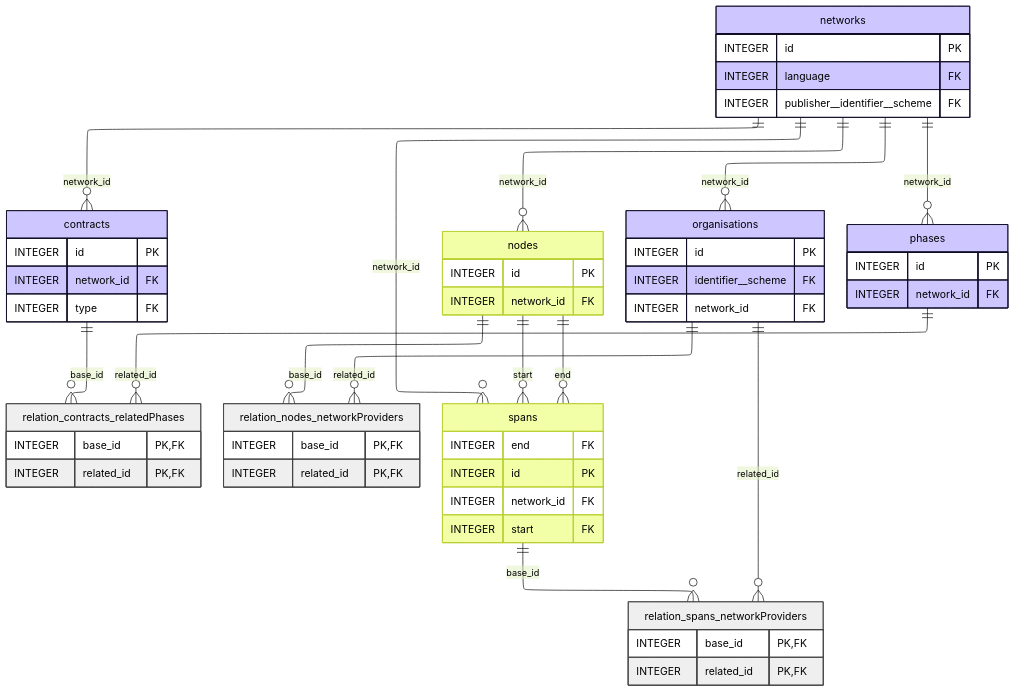
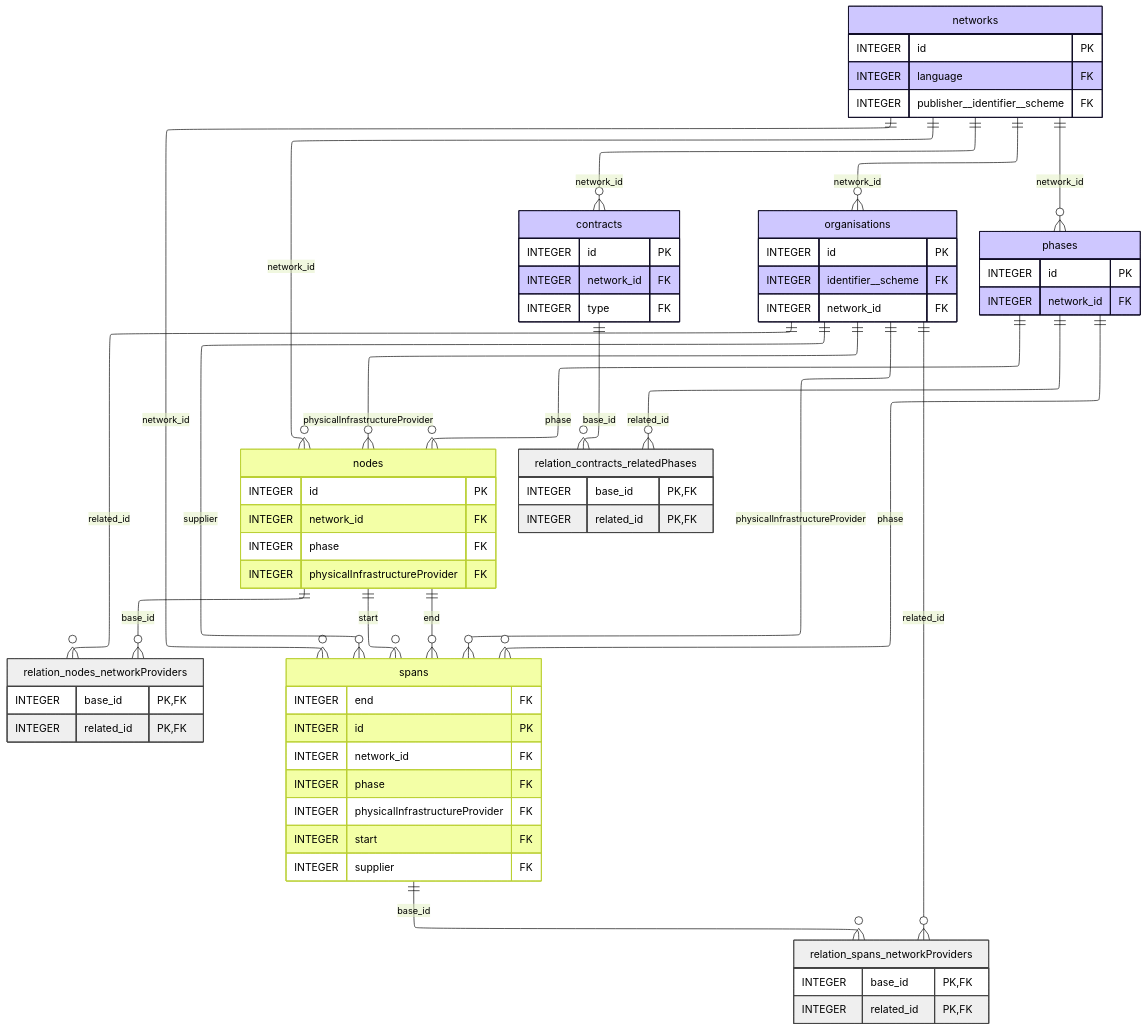
One commit to Open-Telecoms-Data/open-fibre-data-standard changed the diagram in docs/reference/publication_formats/geopackage.mmd. Above: the diagram before and after it, drawn with Mermaid (forest theme). The commit also changed 2 other files, not shown here.

```diff
--- a/docs/reference/publication_formats/geopackage.mmd
+++ b/docs/reference/publication_formats/geopackage.mmd
@@ -1,77 +1,87 @@
 ---
 config:
   layout: elk
 ---
 erDiagram
     contracts {
         INTEGER id PK 
         INTEGER network_id FK 
         INTEGER type FK 
     }
 
     networks {
         INTEGER id PK 
         INTEGER language FK 
         INTEGER publisher__identifier__scheme FK 
     }
 
     nodes {
         INTEGER id PK 
         INTEGER network_id FK 
+        INTEGER phase FK 
+        INTEGER physicalInfrastructureProvider FK 
     }
 
     organisations {
         INTEGER id PK 
         INTEGER identifier__scheme FK 
         INTEGER network_id FK 
     }
 
     phases {
         INTEGER id PK 
         INTEGER network_id FK 
     }
 
     relation_contracts_relatedPhases {
         INTEGER base_id PK,FK 
         INTEGER related_id PK,FK 
     }
 
     relation_nodes_networkProviders {
         INTEGER base_id PK,FK 
         INTEGER related_id PK,FK 
     }
 
     relation_spans_networkProviders {
         INTEGER base_id PK,FK 
         INTEGER related_id PK,FK 
     }
 
     spans {
         INTEGER end FK 
         INTEGER id PK 
         INTEGER network_id FK 
+        INTEGER phase FK 
+        INTEGER physicalInfrastructureProvider FK 
         INTEGER start FK 
+        INTEGER supplier FK 
     }
 
     contracts }o--|| networks : "network_id"
     relation_contracts_relatedPhases }o--|| contracts : "base_id"
     nodes }o--|| networks : "network_id"
     organisations }o--|| networks : "network_id"
     phases }o--|| networks : "network_id"
     spans }o--|| networks : "network_id"
+    nodes }o--|| organisations : "physicalInfrastructureProvider"
+    nodes }o--|| phases : "phase"
     relation_nodes_networkProviders }o--|| nodes : "base_id"
     spans }o--|| nodes : "end"
     spans }o--|| nodes : "start"
     relation_nodes_networkProviders }o--|| organisations : "related_id"
     relation_spans_networkProviders }o--|| organisations : "related_id"
+    spans }o--|| organisations : "physicalInfrastructureProvider"
+    spans }o--|| organisations : "supplier"
     relation_contracts_relatedPhases }o--|| phases : "related_id"
+    spans }o--|| phases : "phase"
     relation_spans_networkProviders }o--|| spans : "base_id"
 
     classDef feature fill:#f3ffa6ff,stroke:#bbd034
     classDef attribute fill:#cec7ffff,stroke:#110e27
     classDef mapping fill:#efefefff,stroke:#434343ff
 
     class nodes,spans feature
     class networks,organisations,phases,contracts attribute
     class relation_contracts_relatedPhases,relation_spans_networkProviders,relation_nodes_networkProviders mapping
     direction BT
```
